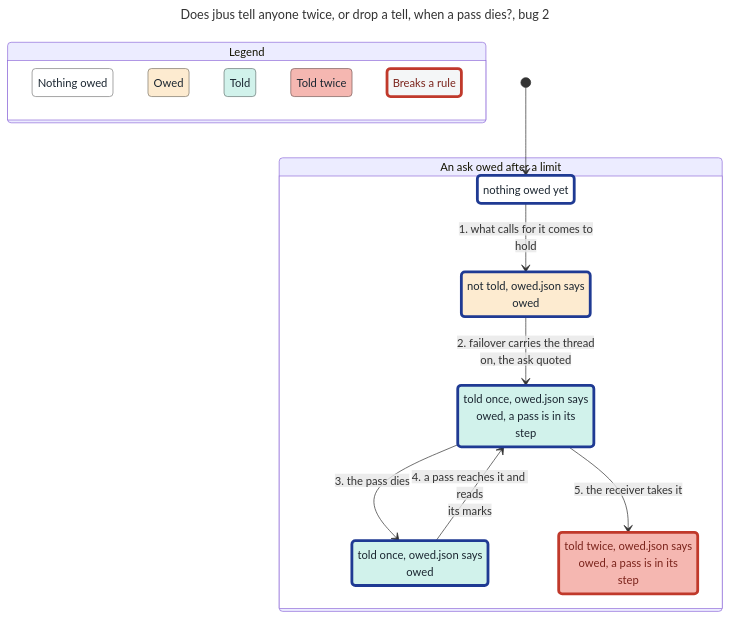
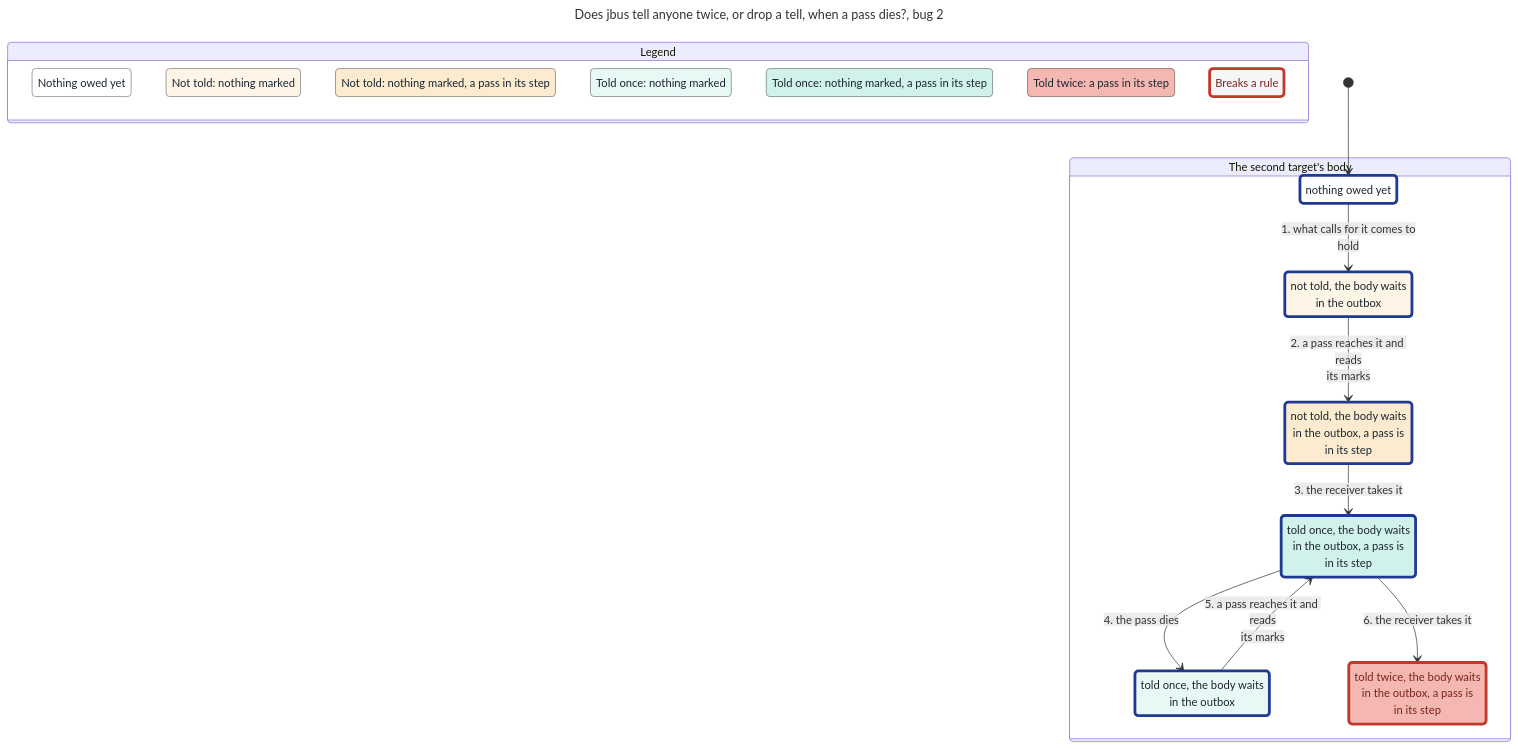
Before and after one commit to JoshuaHayesWasHere/jstack: the diagram in features/jbus/spec/TellOnce-statechart/bug-2.mmd, drawn with Mermaid. The commit also changed 21 other files, not shown here.

First line of the commit message:
feat(statechart): TellOnce's chart splits off the ask owed after a limit, and groups each state by where its tell stands, at most 15 to a group

```diff
--- a/features/jbus/spec/TellOnce-statechart/bug-2.mmd
+++ b/features/jbus/spec/TellOnce-statechart/bug-2.mmd
@@ -1,47 +1,58 @@
 ---
 title: "Does jbus tell anyone twice, or drop a tell, when a pass dies?, bug 2"
 config:
   markdownAutoWrap: false
   state:
     useMaxWidth: false
 ---
 stateDiagram-v2
   classDef plainWrong fill:#f4f6f7,stroke:#c0392b,stroke-width:4px,color:#7b241c
   classDef group0 fill:#ffffff,stroke:#808080,color:#1b2631
   classDef group0Path fill:#ffffff,stroke:#1f3a93,stroke-width:4px,color:#1b2631
-  classDef group1 fill:#fdebd0,stroke:#7f7668,color:#1b2631
-  classDef group1Path fill:#fdebd0,stroke:#1f3a93,stroke-width:4px,color:#1b2631
-  classDef group2 fill:#d1f2eb,stroke:#697976,color:#1b2631
-  classDef group2Path fill:#d1f2eb,stroke:#1f3a93,stroke-width:4px,color:#1b2631
-  classDef group3 fill:#f5b7b1,stroke:#7b5c59,color:#1b2631
-  classDef group3Wrong fill:#f5b7b1,stroke:#c0392b,stroke-width:4px,color:#7b241c
+  classDef group1 fill:#fef5e7,stroke:#7f7b74,color:#1b2631
+  classDef group1Path fill:#fef5e7,stroke:#1f3a93,stroke-width:4px,color:#1b2631
+  classDef group2 fill:#fdebd0,stroke:#7f7668,color:#1b2631
+  classDef group2Path fill:#fdebd0,stroke:#1f3a93,stroke-width:4px,color:#1b2631
+  classDef group5 fill:#e8f8f5,stroke:#747c7b,color:#1b2631
+  classDef group5Path fill:#e8f8f5,stroke:#1f3a93,stroke-width:4px,color:#1b2631
+  classDef group6 fill:#d1f2eb,stroke:#697976,color:#1b2631
+  classDef group6Path fill:#d1f2eb,stroke:#1f3a93,stroke-width:4px,color:#1b2631
+  classDef group12 fill:#f5b7b1,stroke:#7b5c59,color:#1b2631
+  classDef group12Wrong fill:#f5b7b1,stroke:#c0392b,stroke-width:4px,color:#7b241c
   state "Legend" as legend {
-    state "Nothing owed" as legendGroup0
-    state "Owed" as legendGroup1
-    state "Told" as legendGroup2
-    state "Told twice" as legendGroup3
+    state "Nothing owed yet" as legendGroup0
+    state "Not told: nothing marked" as legendGroup1
+    state "Not told: nothing marked, a pass in its step" as legendGroup2
+    state "Told once: nothing marked" as legendGroup5
+    state "Told once: nothing marked, a pass in its step" as legendGroup6
+    state "Told twice: a pass in its step" as legendGroup12
     state "Breaks a rule" as legendWrong
   }
   class legendGroup0 group0
   class legendGroup1 group1
   class legendGroup2 group2
-  class legendGroup3 group3
+  class legendGroup5 group5
+  class legendGroup6 group6
+  class legendGroup12 group12
   class legendWrong plainWrong
-  state "An ask owed after a limit" as g0 {
-    state "not told, owed.json says<br/>owed" as s0
-    state "nothing owed yet" as s1
-    state "told once, owed.json says<br/>owed" as s2
-    state "told once, owed.json says<br/>owed, a pass is in its<br/>step" as s3
-    state "told twice, owed.json says<br/>owed, a pass is in its<br/>step" as s4
+  state "The second target's body" as g0 {
+    state "not told, the body waits<br/>in the outbox" as s0
+    state "not told, the body waits<br/>in the outbox, a pass is<br/>in its step" as s1
+    state "nothing owed yet" as s2
+    state "told once, the body waits<br/>in the outbox" as s3
+    state "told once, the body waits<br/>in the outbox, a pass is<br/>in its step" as s4
+    state "told twice, the body waits<br/>in the outbox, a pass is<br/>in its step" as s5
   }
-  [*] --> s1
-  s1 --> s0 : 1. what calls for it comes to<br/>hold
-  s0 --> s3 : 2. failover carries the thread<br/>on, the ask quoted
-  s3 --> s2 : 3. the pass dies
-  s2 --> s3 : 4. a pass reaches it and reads<br/>its marks
-  s3 --> s4 : 5. the receiver takes it
+  [*] --> s2
+  s2 --> s0 : 1. what calls for it comes to<br/>hold
+  s0 --> s1 : 2. a pass reaches it and reads<br/>its marks
+  s1 --> s4 : 3. the receiver takes it
+  s4 --> s3 : 4. the pass dies
+  s3 --> s4 : 5. a pass reaches it and reads<br/>its marks
+  s4 --> s5 : 6. the receiver takes it
   class s0 group1Path
-  class s1 group0Path
-  class s2 group2Path
-  class s3 group2Path
-  class s4 group3Wrong
+  class s1 group2Path
+  class s2 group0Path
+  class s3 group5Path
+  class s4 group6Path
+  class s5 group12Wrong
```
